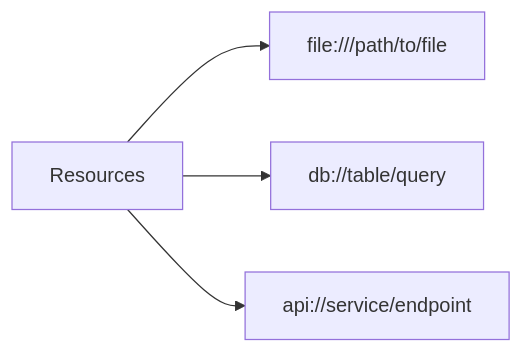
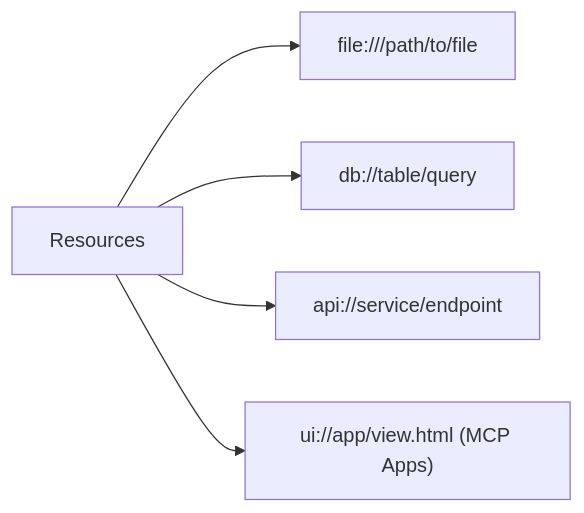
The second of 4 diagrams in docs/AI/MCP/02_primitives.md (imagarg01/LearningStuff), drawn with Mermaid before and after one commit. The commit also changed other lines of this file and 29 other files, not shown here.

````diff
--- a/docs/AI/MCP/02_primitives.md
+++ b/docs/AI/MCP/02_primitives.md
@@ -143,7 +228,8 @@
 ```mermaid
 graph LR
     R[Resources]
-    R --> F[file:///path/to/file]
-    R --> D[db://table/query]
-    R --> A[api://service/endpoint]
+    R --> F["file:///path/to/file"]
+    R --> D["db://table/query"]
+    R --> A["api://service/endpoint"]
+    R --> U["ui://app/view.html (MCP Apps)"]
 ```
````
